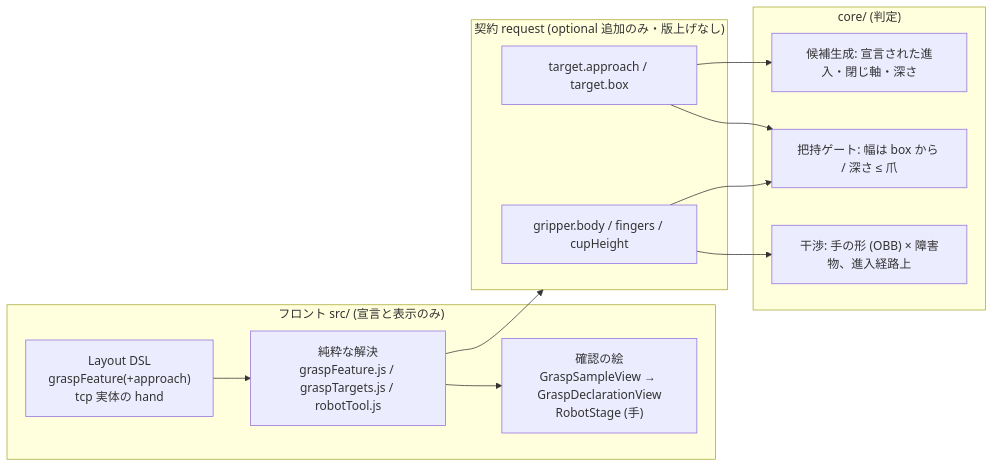
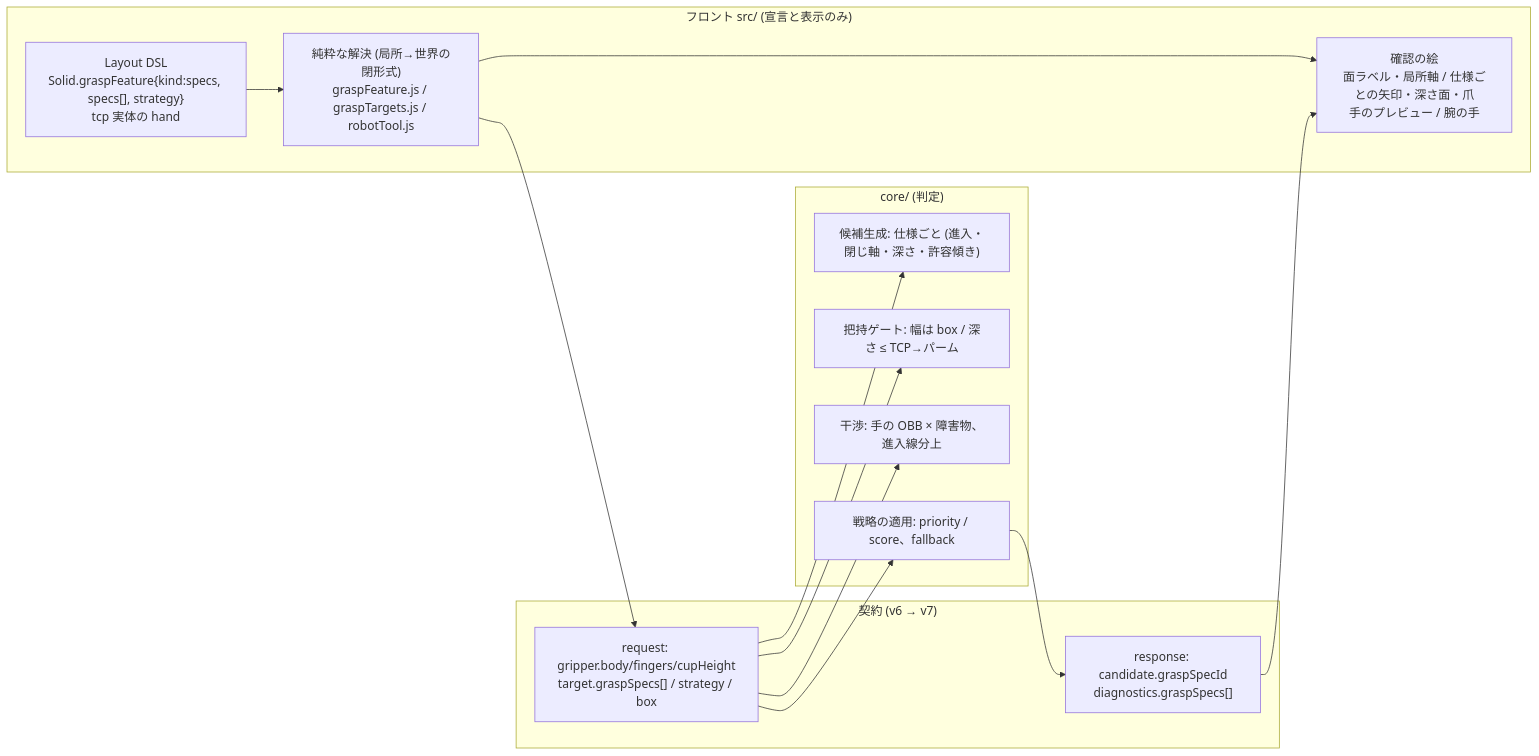
One commit to yuubae215/easy-extrude changed the diagram in docs/adr/ADR-152-how-to-grasp-and-what-grasps-are-declarations-and-each-is-seen.md. Above: the diagram before and after it, drawn with Mermaid. The commit also changed other lines of this file and 3 other files, not shown here.

````diff
--- a/docs/adr/ADR-152-how-to-grasp-and-what-grasps-are-declarations-and-each-is-seen.md
+++ b/docs/adr/ADR-152-how-to-grasp-and-what-grasps-are-declarations-and-each-is-seen.md
@@ -73,21 +76,21 @@
 ```mermaid
 flowchart LR
   subgraph front["フロント src/ (宣言と表示のみ)"]
-    DSL["Layout DSL<br/>graspFeature(+approach)<br/>tcp 実体の hand"]
-    RES["純粋な解決<br/>graspFeature.js / graspTargets.js / robotTool.js"]
-    VIEW["確認の絵<br/>GraspSampleView → GraspDeclarationView<br/>RobotStage (手)"]
+    DSL["Layout DSL<br/>Solid.graspFeature{kind:specs, specs[], strategy}<br/>tcp 実体の hand"]
+    RES["純粋な解決 (局所→世界の閉形式)<br/>graspFeature.js / graspTargets.js / robotTool.js"]
+    VIEW["確認の絵<br/>面ラベル・局所軸 / 仕様ごとの矢印・深さ面・爪<br/>手のプレビュー / 腕の手"]
   end
-  subgraph wire["契約 request (optional 追加のみ・版上げなし)"]
-    G["gripper.body / fingers / cupHeight"]
-    T["target.approach / target.box"]
+  subgraph wire["契約 (v6 → v7)"]
+    RQ["request: gripper.body/fingers/cupHeight<br/>target.graspSpecs[] / strategy / box"]
+    RS["response: candidate.graspSpecId<br/>diagnostics.graspSpecs[]"]
   end
   subgraph core["core/ (判定)"]
-    C["候補生成: 宣言された進入・閉じ軸・深さ"]
-    F["把持ゲート: 幅は box から / 深さ ≤ 爪"]
-    I["干渉: 手の形 (OBB) × 障害物、進入経路上"]
+    C["候補生成: 仕様ごと (進入・閉じ軸・深さ・許容傾き)"]
+    F["把持ゲート: 幅は box / 深さ ≤ TCP→パーム"]
+    I["干渉: 手の OBB × 障害物、進入線分上"]
+    S["戦略の適用: priority / score、fallback"]
   end
-  DSL --> RES --> wire
+  DSL --> RES --> RQ --> C & F & I & S
   RES --> VIEW
-  G --> F & I
-  T --> C & F
+  S --> RS --> VIEW
 ```
````
